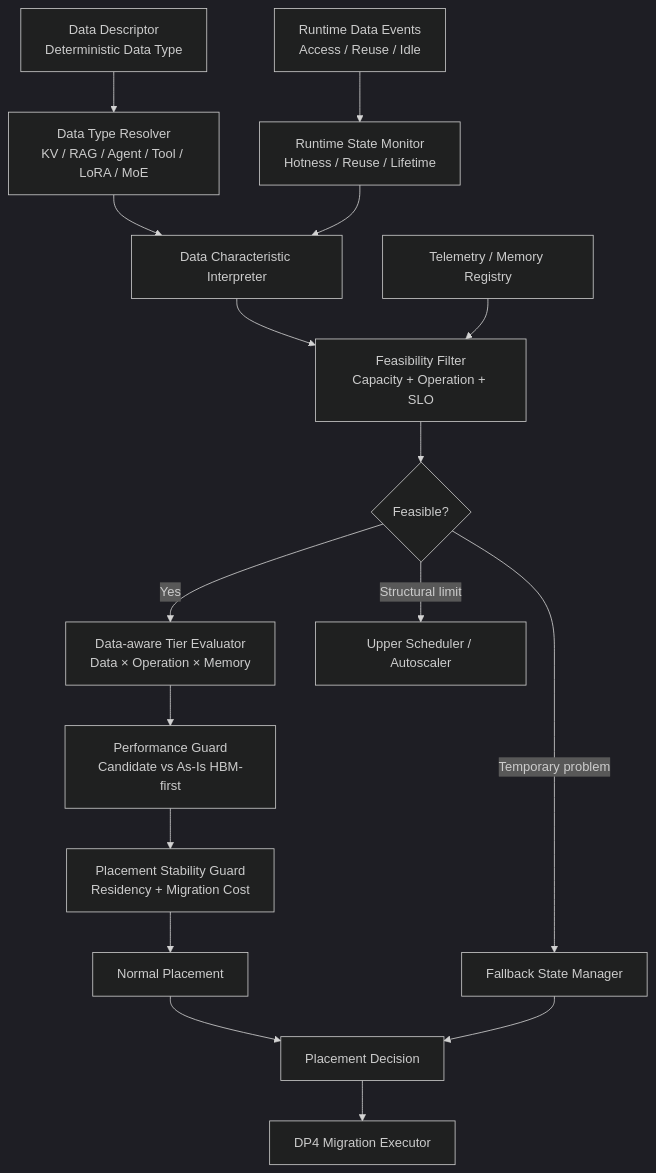
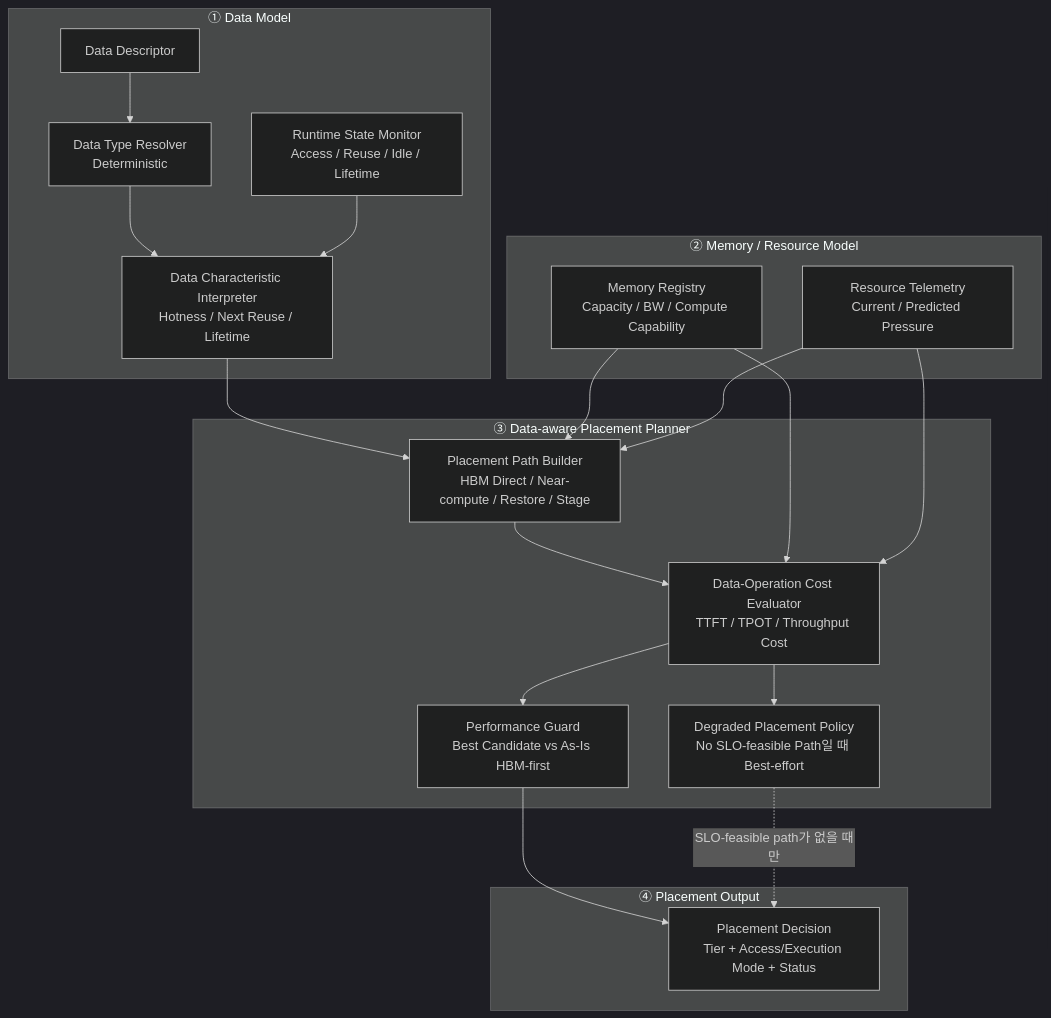
One commit to mkim0628/vllm changed the second of 3 diagrams in doc-architect/dp1-reinforcement-v2-design.md. Above: the diagram before and after it, drawn with Mermaid (dark theme). The commit also changed other lines of this file, not shown here.

Commit message:
Refactor DP1 V2 to module views and replace fallback with degraded placement

````diff
--- a/doc-architect/dp1-reinforcement-v2-design.md
+++ b/doc-architect/dp1-reinforcement-v2-design.md
@@ -151,43 +152,44 @@
 ```mermaid
-flowchart TD
-    A[Data Descriptor<br/>Deterministic Data Type]
-    B[Runtime Data Events<br/>Access / Reuse / Idle]
-    C[Data Type Resolver<br/>KV / RAG / Agent / Tool / LoRA / MoE]
-    D[Runtime State Monitor<br/>Hotness / Reuse / Lifetime]
-    E[Data Characteristic Interpreter]
+flowchart TB
 
-    F[Feasibility Filter<br/>Capacity + Operation + SLO]
-    G[Data-aware Tier Evaluator<br/>Data × Operation × Memory]
-    H[Performance Guard<br/>Candidate vs As-Is HBM-first]
-    I[Placement Stability Guard<br/>Residency + Migration Cost]
+    subgraph DM["① Data Model"]
+        DD["Data Descriptor"]
+        DTR["Data Type Resolver<br/>Deterministic"]
+        RSM["Runtime State Monitor<br/>Access / Reuse / Idle / Lifetime"]
+        DCI["Data Characteristic Interpreter<br/>Hotness / Next Reuse / Lifetime"]
+    end
 
-    J{Feasible?}
-    K[Normal Placement]
-    L[Fallback State Manager]
-    M[Placement Decision]
-    N[DP4 Migration Executor]
+    subgraph MM["② Memory / Resource Model"]
+        MR["Memory Registry<br/>Capacity / BW / Compute Capability"]
+        TM["Resource Telemetry<br/>Current / Predicted Pressure"]
+    end
 
-    O[Telemetry / Memory Registry]
-    P[Upper Scheduler / Autoscaler]
+    subgraph PP["③ Data-aware Placement Planner"]
+        PB["Placement Path Builder<br/>HBM Direct / Near-compute / Restore / Stage"]
+        CE["Data-Operation Cost Evaluator<br/>TTFT / TPOT / Throughput Cost"]
+        BG["Performance Guard<br/>Best Candidate vs As-Is HBM-first"]
+        DP["Degraded Placement Policy<br/>No SLO-feasible Path일 때 Best-effort"]
+    end
 
-    A --> C
-    B --> D
-    C --> E
-    D --> E
+    subgraph OUT["④ Placement Output"]
+        DEC["Placement Decision<br/>Tier + Access/Execution Mode + Status"]
+    end
 
-    E --> F
-    O --> F
+    DD --> DTR
+    DTR --> DCI
+    RSM --> DCI
 
-    F --> J
-    J -->|Yes| G
-    G --> H
-    H --> I
-    I --> K
+    DCI --> PB
+    MR --> PB
+    TM --> PB
 
-    J -->|Temporary problem| L
-    J -->|Structural limit| P
+    PB --> CE
+    MR --> CE
+    TM --> CE
 
-    K --> M
-    L --> M
-    M --> N
+    CE --> BG
+    CE --> DP
+
+    BG --> DEC
+    DP -. "SLO-feasible path가 없을 때만" .-> DEC
 ```
````
